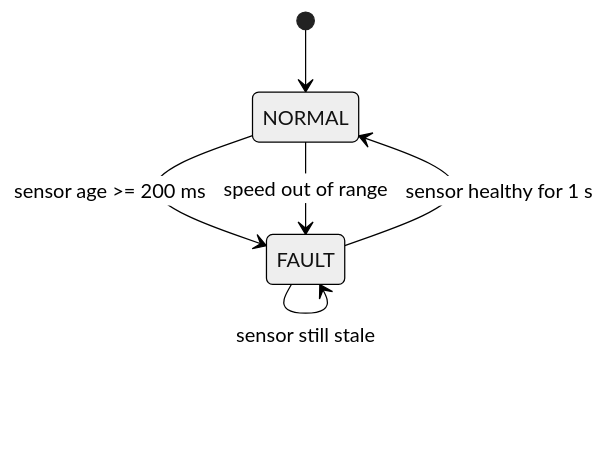
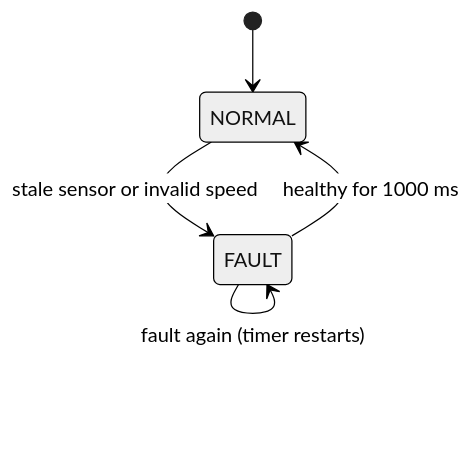
The second of 2 diagrams in README.md (eungyun-im/Automotive-SW-QA), drawn with Mermaid (neutral theme) before and after one commit. The commit also changed other lines of this file and 25 other files, not shown here.

````diff
--- a/README.md
+++ b/README.md
@@ -51,8 +55,7 @@
 ```mermaid
 stateDiagram-v2
     [*] --> NORMAL
-    NORMAL --> FAULT: sensor age >= 200 ms
-    NORMAL --> FAULT: speed out of range
-    FAULT --> NORMAL: sensor healthy for 1 s
-    FAULT --> FAULT: sensor still stale
+    NORMAL --> FAULT: stale sensor or invalid speed
+    FAULT --> FAULT: fault again (timer restarts)
+    FAULT --> NORMAL: healthy for 1000 ms
 ```
````
